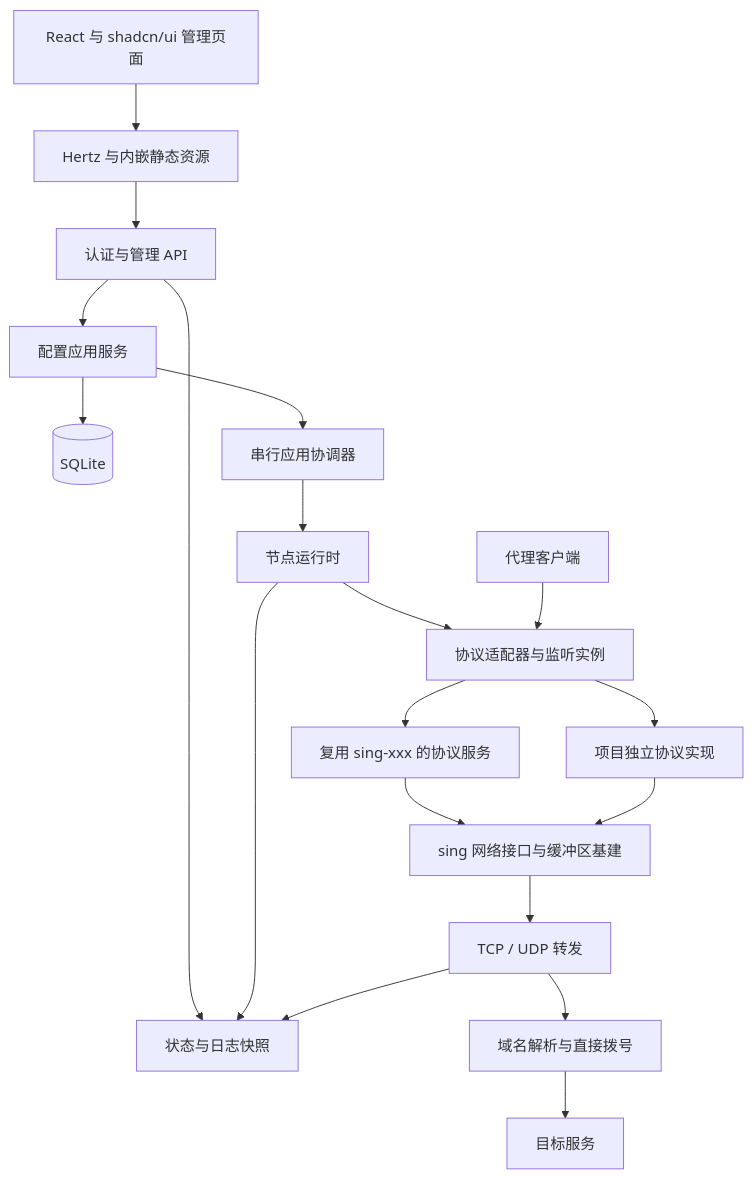
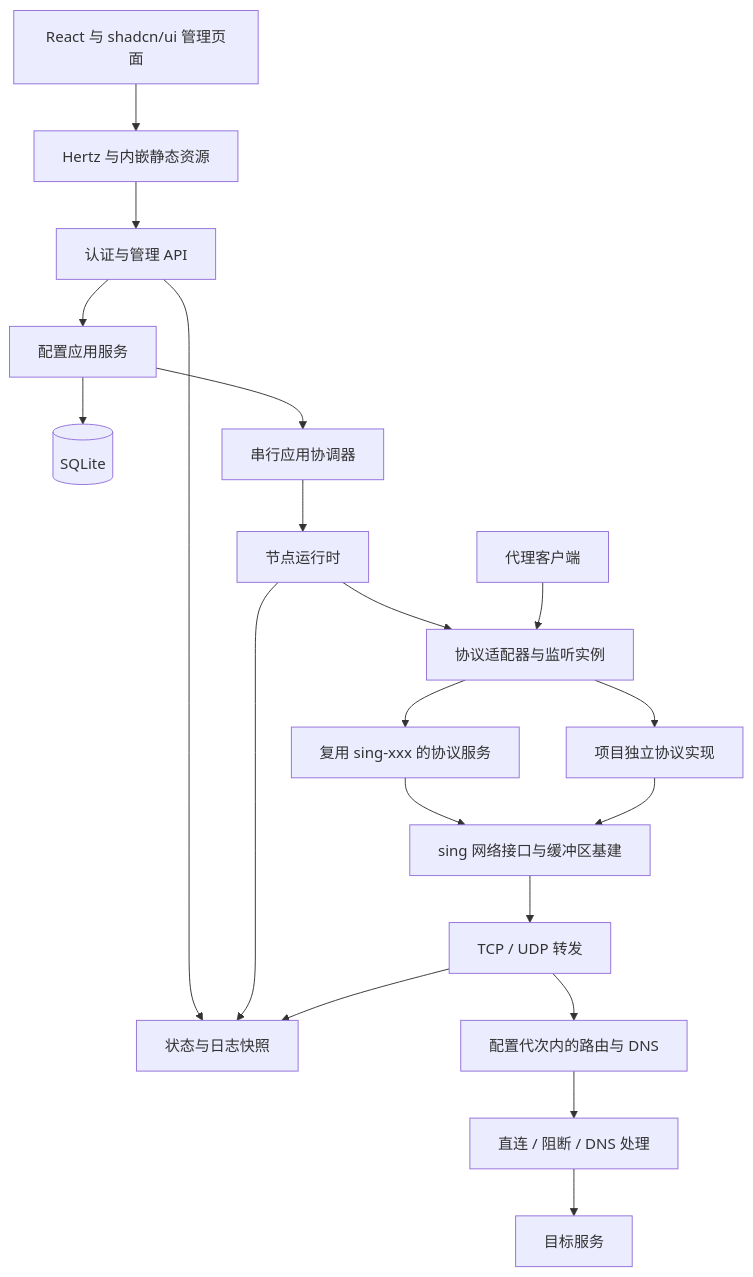
One commit to Ember-Moth/Lunaris changed the diagram in docs/architecture.md. Above: the diagram before and after it, drawn with Mermaid. The commit also changed other lines of this file and 70 other files, not shown here.

````diff
--- a/docs/architecture.md
+++ b/docs/architecture.md
@@ -40,21 +40,22 @@
 ```mermaid
 flowchart TB
     Browser[React 与 shadcn/ui 管理页面] --> HTTP[Hertz 与内嵌静态资源]
     HTTP --> Admin[认证与管理 API]
     Admin --> Config[配置应用服务]
     Admin --> Observe[状态与日志快照]
     Config --> Store[(SQLite)]
     Config --> Coordinator[串行应用协调器]
     Coordinator --> Runtime[节点运行时]
     Runtime --> Adapter[协议适配器与监听实例]
     Client[代理客户端] --> Adapter
     Adapter --> Library[复用 sing-xxx 的协议服务]
     Adapter --> Native[项目独立协议实现]
     Library --> Sing[sing 网络接口与缓冲区基建]
     Native --> Sing
     Sing --> Relay[TCP / UDP 转发]
-    Relay --> Egress[域名解析与直接拨号]
+    Relay --> Policy[配置代次内的路由与 DNS]
+    Policy --> Egress[直连 / 阻断 / DNS 处理]
     Egress --> Destination[目标服务]
     Runtime --> Observe
     Relay --> Observe
 ```
````
